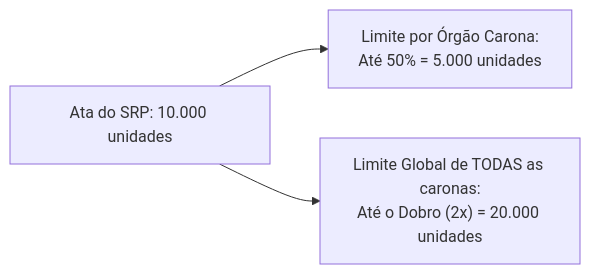
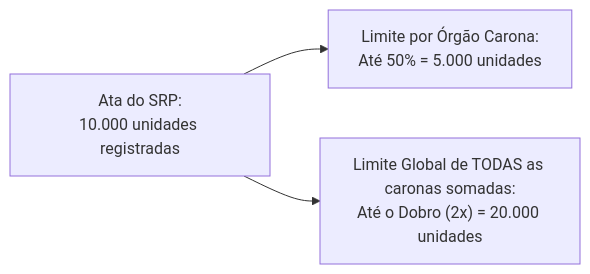
The second of 2 diagrams in fontes_de_estudo/conhecimentos_especificos_a01_tecnico_administrativo/16_licitacoes_e_contratos_administrativos/03_procedimentos_auxiliares_e_contratacao_direta.md (thiagosantos346/TCE-GO-2027), drawn with Mermaid before and after one commit. The commit also changed other lines of this file and 119 other files, not shown here.

````diff
--- a/fontes_de_estudo/conhecimentos_especificos_a01_tecnico_administrativo/16_licitacoes_e_contratos_administrativos/03_procedimentos_auxiliares_e_contratacao_direta.md
+++ b/fontes_de_estudo/conhecimentos_especificos_a01_tecnico_administrativo/16_licitacoes_e_contratos_administrativos/03_procedimentos_auxiliares_e_contratacao_direta.md
@@ -91,5 +122,5 @@
 ```mermaid
 flowchart LR
-    ATA["Ata do SRP: 10.000 unidades"] --> CARONA_IND["Limite por Órgão Carona:<br/>Até 50% = 5.000 unidades"]
-    ATA --> CARONA_GLOB["Limite Global de TODAS as caronas:<br/>Até o Dobro (2x) = 20.000 unidades"]
+    ATA["Ata do SRP:<br/>10.000 unidades registradas"] --> CARONA_IND["Limite por Órgão Carona:<br/>Até 50% = 5.000 unidades"]
+    ATA --> CARONA_GLOB["Limite Global de TODAS as caronas somadas:<br/>Até o Dobro (2x) = 20.000 unidades"]
 ```
````
